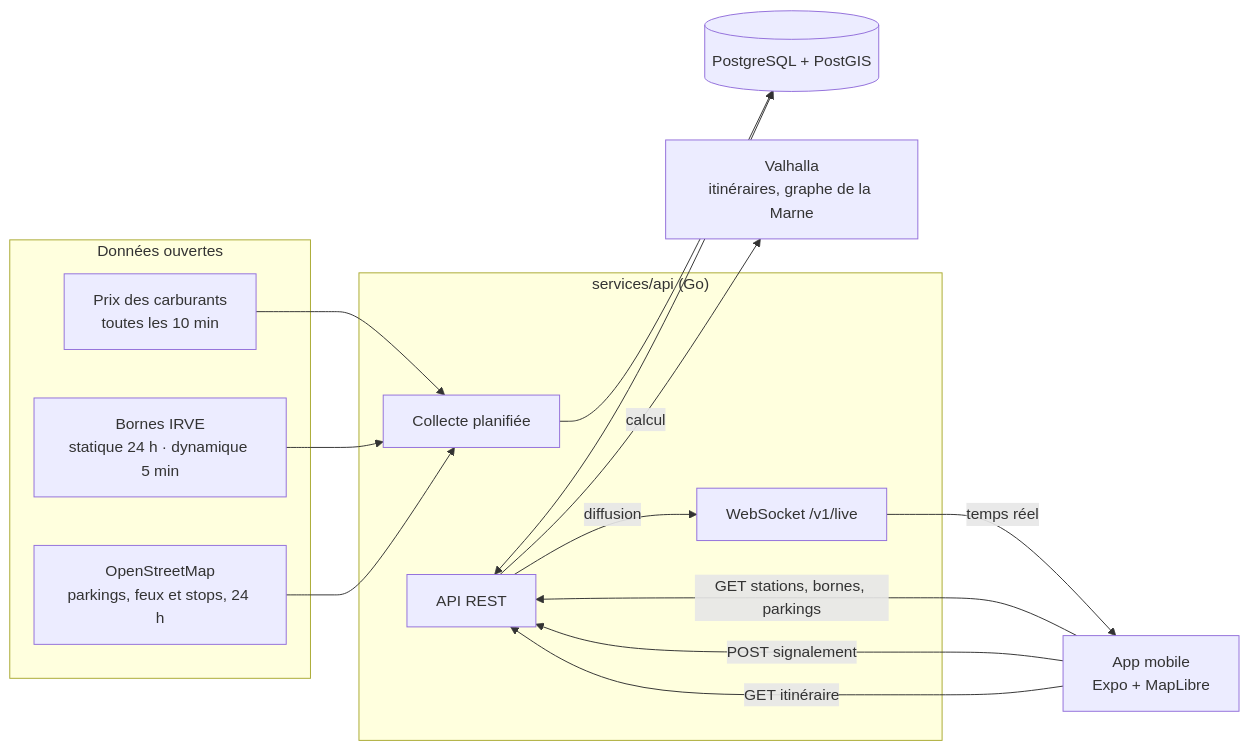
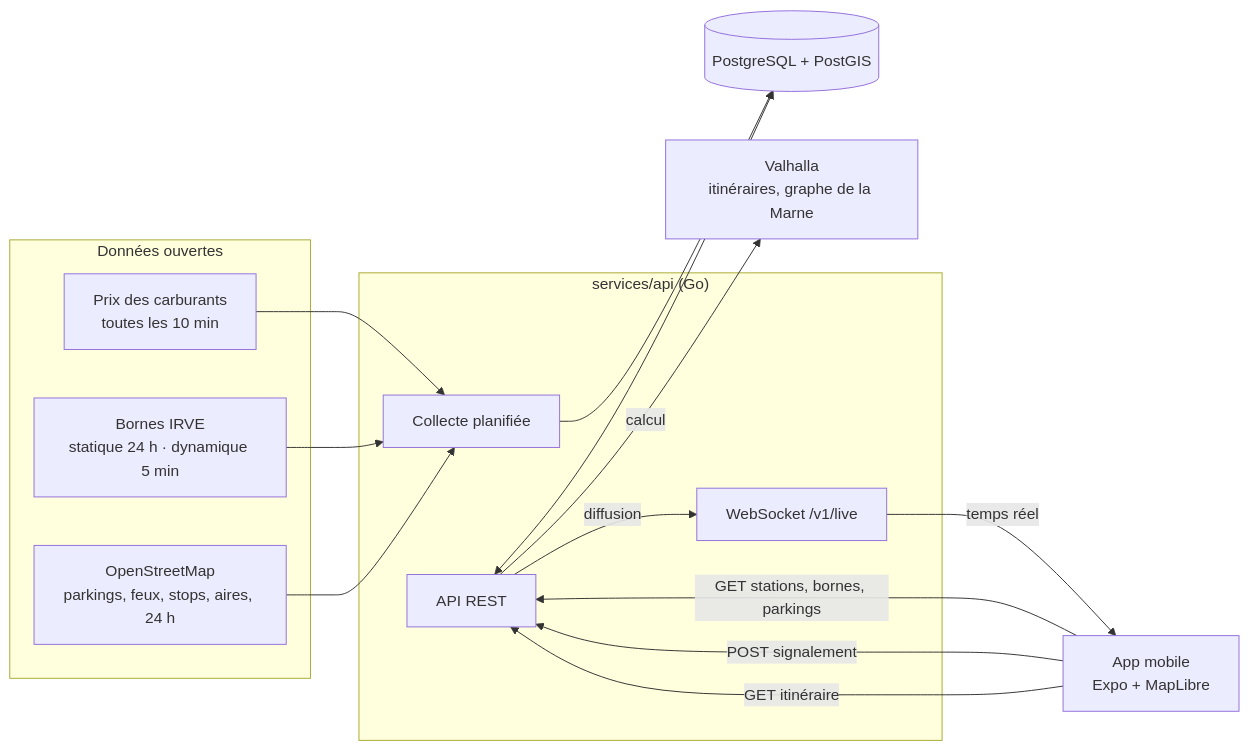
Before and after one commit to cytrafps/zelo: the diagram in README.md, drawn with Mermaid. The commit also changed other lines of this file and 22 other files, not shown here.

````diff
--- a/README.md
+++ b/README.md
@@ -22,28 +22,28 @@
 ```mermaid
 flowchart LR
   subgraph Sources["Données ouvertes"]
     F["Prix des carburants<br/>toutes les 10 min"]
     B["Bornes IRVE<br/>statique 24 h · dynamique 5 min"]
-    O["OpenStreetMap<br/>parkings, feux et stops, 24 h"]
+    O["OpenStreetMap<br/>parkings, feux, stops, aires, 24 h"]
   end
   subgraph Serveur["services/api (Go)"]
     J["Collecte planifiée"]
     A["API REST"]
     W["WebSocket /v1/live"]
   end
   V["Valhalla<br/>itinéraires, graphe de la Marne"]
   DB[("PostgreSQL + PostGIS")]
   App["App mobile<br/>Expo + MapLibre"]
 
   F --> J
   B --> J
   O --> J
   J --> DB
   A <--> DB
   App -- "GET stations, bornes, parkings" --> A
   App -- "POST signalement" --> A
   App -- "GET itinéraire" --> A
   A -- "calcul" --> V
   A -- "diffusion" --> W
   W -- "temps réel" --> App
 ```
````
